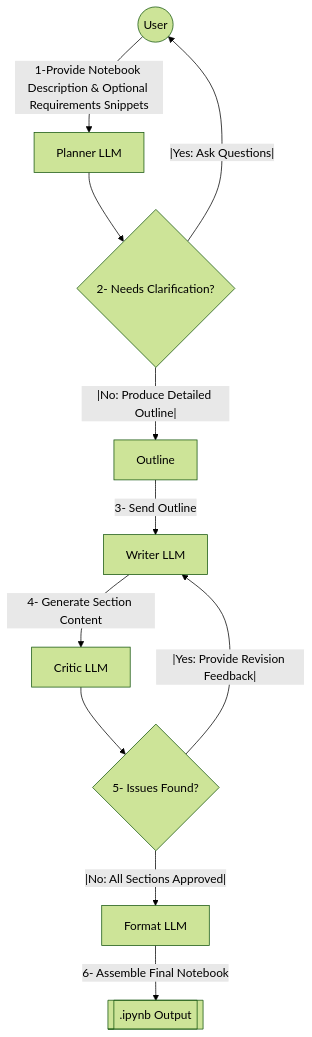
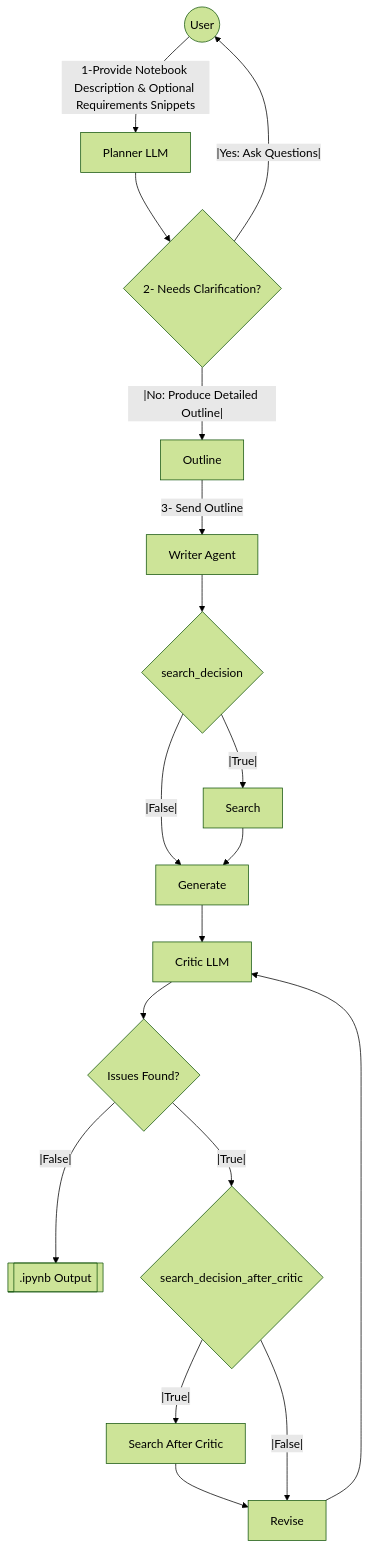
Before and after one commit to minh-hoque/cookbook_agent: the diagram in notebook_generator_flow.md, drawn with Mermaid (forest theme). The commit also changed 11 other files, not shown here.

````diff
--- a/notebook_generator_flow.md
+++ b/notebook_generator_flow.md
@@ -1,14 +1,21 @@
 ```mermaid
 flowchart TD
     A((User))
     A -->|1-Provide Notebook Description & Optional Requirements Snippets| B[Planner LLM]
     B --> C{2- Needs Clarification?}
     C --|Yes: Ask Questions|--> A
     C --|No: Produce Detailed Outline|--> D[Outline]
-    D -->|3- Send Outline| E[Writer LLM]
-    E -->|4- Generate Section Content| F[Critic LLM]
-    F --> G{5- Issues Found?}
-    G --|Yes: Provide Revision Feedback|--> E
-    G --|No: All Sections Approved|--> H[Format LLM]
-    H -->|6- Assemble Final Notebook| I[[.ipynb Output]]
+    D -->|3- Send Outline| E[Writer Agent]
+    E --> F{search_decision}
+    F --|True|--> G[Search]
+    F --|False|--> H[Generate]
+    G --> H
+    H --> I[Critic LLM]
+    I --> J{Issues Found?}
+    J --|False|--> K[[.ipynb Output]]
+    J --|True|--> L{search_decision_after_critic}
+    L --|True|--> M[Search After Critic]
+    M --> N[Revise]
+    L --|False|--> N
+    N --> I
 ```
````
